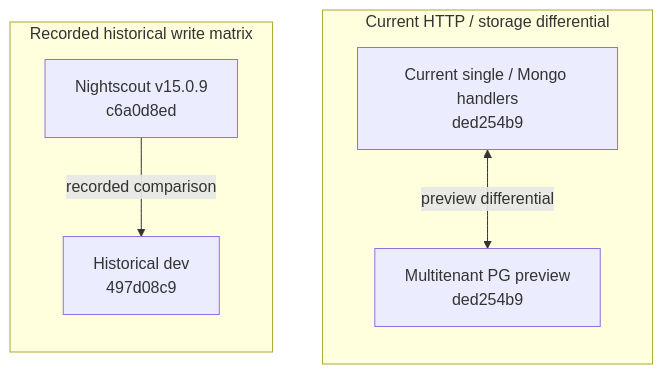
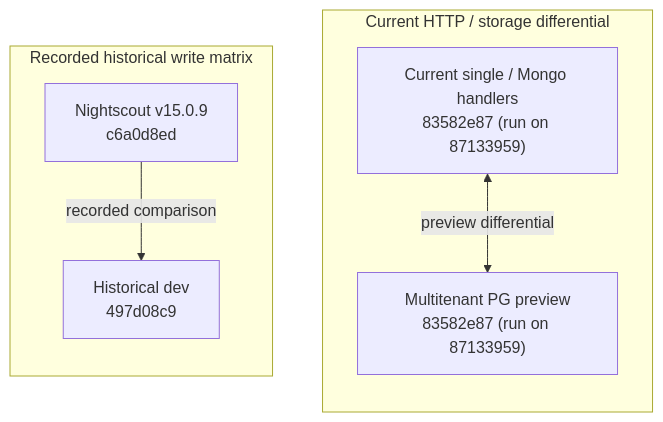
Before and after one commit to bewest/rag-nightscout-ecosystem-alignment: the third of 3 diagrams in docs/30-design/tenancy/single-and-multitenant-architecture.md, drawn with Mermaid. The commit also changed other lines of this file and 11 other files, not shown here.

````diff
--- a/docs/30-design/tenancy/single-and-multitenant-architecture.md
+++ b/docs/30-design/tenancy/single-and-multitenant-architecture.md
@@ -196,13 +248,13 @@
 ```mermaid
 flowchart LR
   subgraph Historical["Recorded historical write matrix"]
     direction TB
     Old["Nightscout v15.0.9<br/>c6a0d8ed"] -->|"recorded comparison"| Historic["Historical dev<br/>497d08c9"]
   end
   subgraph Preview["Current HTTP / storage differential"]
     direction TB
-    Current["Current single / Mongo handlers<br/>ded254b9"] <-->|"preview differential"| Multi["Multitenant PG preview<br/>ded254b9"]
+    Current["Current single / Mongo handlers<br/>83582e87 (run on 87133959)"] <-->|"preview differential"| Multi["Multitenant PG preview<br/>83582e87 (run on 87133959)"]
   end
   %% Layout-only link, not a comparison between the experiments
   Historical ~~~ Preview
 ```
````
